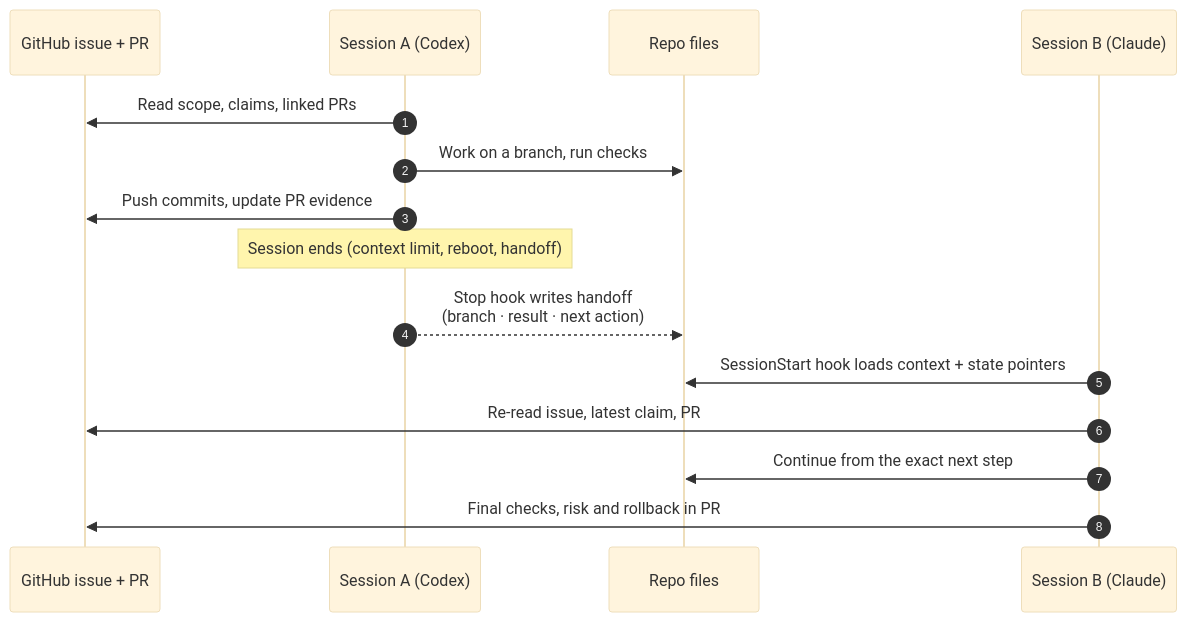
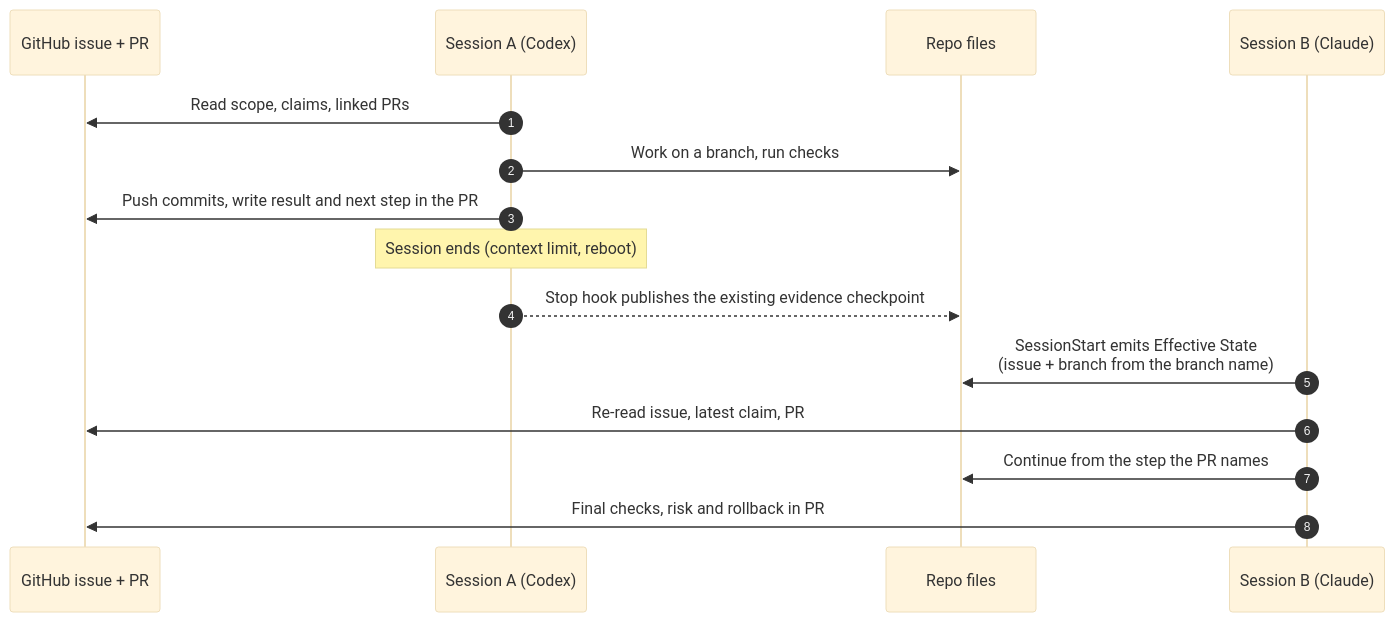
The second of 3 diagrams in README.md (Ancienttwo/repo-harness), drawn with Mermaid (base theme) before and after one commit. The commit also changed other lines of this file and 1 other file, not shown here.

First line of the commit message:
docs: stop promising a Stop-hook handoff in the README diagrams

````diff
--- a/README.md
+++ b/README.md
@@ -139,17 +140,17 @@
 ```mermaid
 sequenceDiagram
   autonumber
   participant I as GitHub issue + PR
   participant A as Session A (Codex)
   participant R as Repo files
   participant B as Session B (Claude)
   A->>I: Read scope, claims, linked PRs
   A->>R: Work on a branch, run checks
-  A->>I: Push commits, update PR evidence
-  Note over A: Session ends (context limit, reboot, handoff)
-  A-->>R: Stop hook writes handoff<br/>(branch · result · next action)
-  B->>R: SessionStart hook loads context + state pointers
+  A->>I: Push commits, write result and next step in the PR
+  Note over A: Session ends (context limit, reboot)
+  A-->>R: Stop hook publishes the existing evidence checkpoint
+  B->>R: SessionStart emits Effective State<br/>(issue + branch from the branch name)
   B->>I: Re-read issue, latest claim, PR
-  B->>R: Continue from the exact next step
+  B->>R: Continue from the step the PR names
   B->>I: Final checks, risk and rollback in PR
 ```
````
